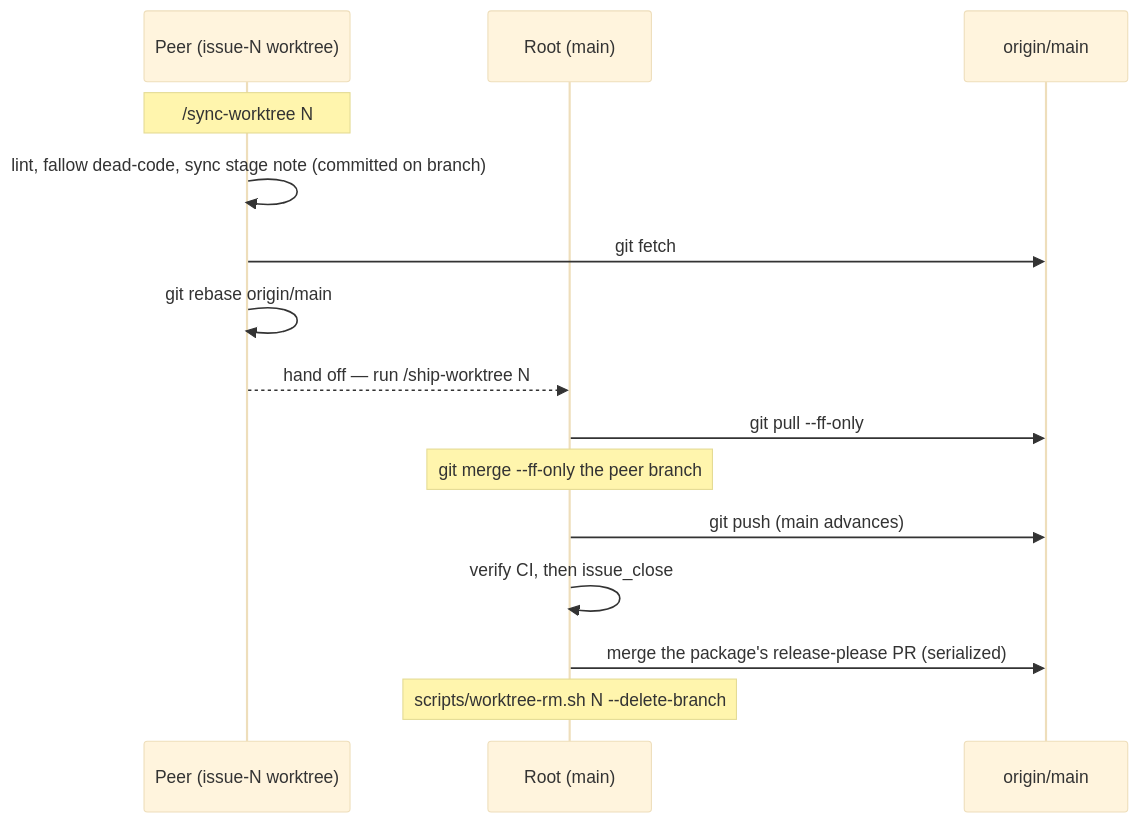
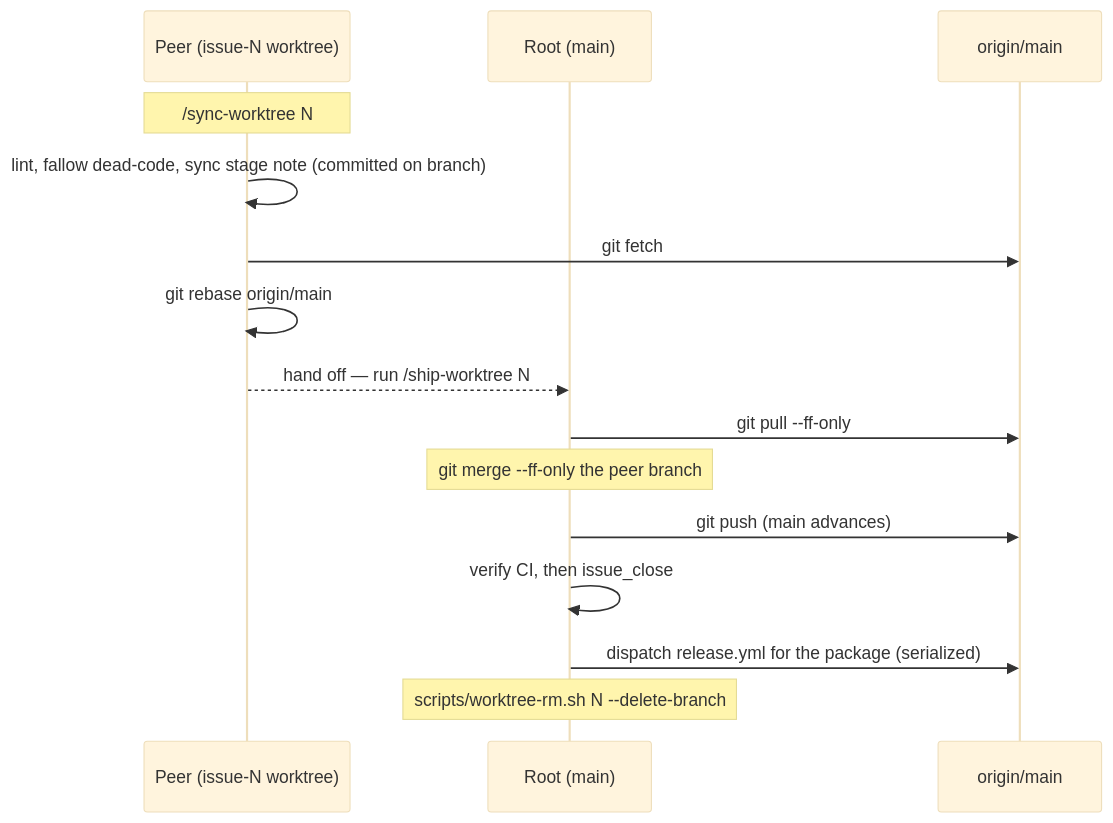
Before and after one commit to gotgenes/pi-packages: the third of 3 diagrams in README.md, drawn with Mermaid (base theme). The commit also changed other lines of this file and 1 other file, not shown here.

First line of the commit message:
docs: describe the git-cliff release flow

````diff
--- a/README.md
+++ b/README.md
@@ -180,18 +180,18 @@
 ```mermaid
 sequenceDiagram
     participant Peer as Peer (issue-N worktree)
     participant Root as Root (main)
     participant Origin as origin/main
 
     Note over Peer: /sync-worktree N
     Peer->>Peer: lint, fallow dead-code, sync stage note (committed on branch)
     Peer->>Origin: git fetch
     Peer->>Peer: git rebase origin/main
     Peer-->>Root: hand off — run /ship-worktree N
     Root->>Origin: git pull --ff-only
     Note over Root: git merge --ff-only the peer branch
     Root->>Origin: git push (main advances)
     Root->>Root: verify CI, then issue_close
-    Root->>Origin: merge the package's release-please PR (serialized)
+    Root->>Origin: dispatch release.yml for the package (serialized)
     Note over Root: scripts/worktree-rm.sh N --delete-branch
 ```
````
